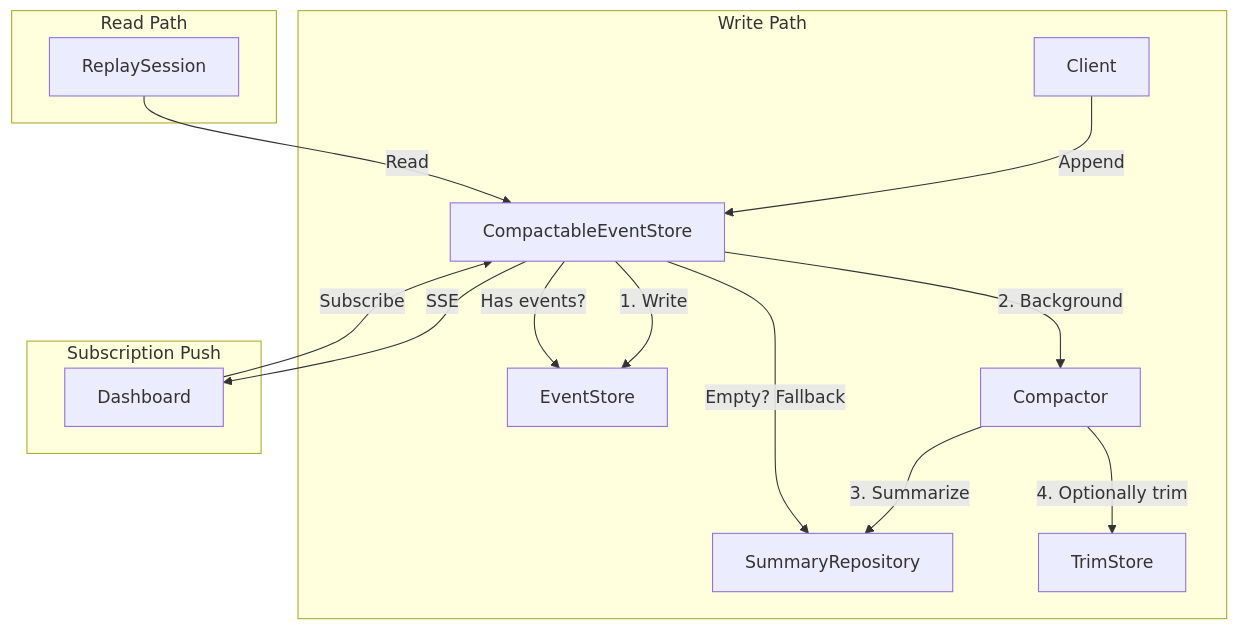
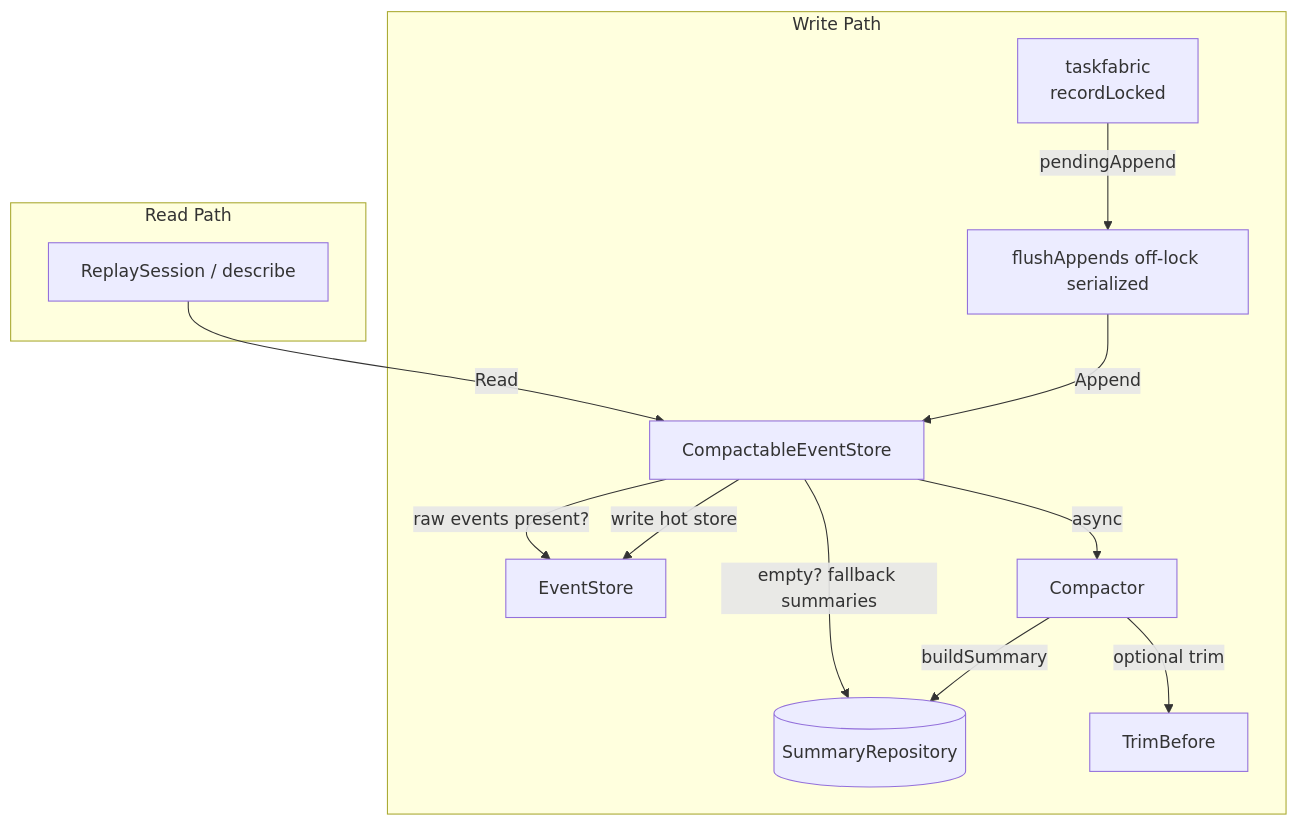
The sixth of 6 diagrams in docs/articles/en/08-event-system-deep-dive.md (Timwood0x10/ARES), drawn with Mermaid before and after one commit. The commit also changed other lines of this file and 2423 other files, not shown here.

````diff
--- a/docs/articles/en/08-event-system-deep-dive.md
+++ b/docs/articles/en/08-event-system-deep-dive.md
@@ -375,21 +385,17 @@
 ```mermaid
 graph TB
     subgraph "Write Path"
-        C[Client] -->|Append| CES[CompactableEventStore]
-        CES -->|1. Write| ES[EventStore]
-        CES -->|2. Background| CP[Compactor]
-        CP -->|3. Summarize| SR[SummaryRepository]
-        CP -->|4. Optionally trim| TS[TrimStore]
+        F[taskfabric\nrecordLocked] -->|pendingAppend| FE[flushAppends off-lock serialized]
+        FE -->|Append| CES[CompactableEventStore]
+        CES -->|write hot store| ES[EventStore]
+        CES -->|async| CP[Compactor]
+        CP -->|buildSummary| SR[(SummaryRepository)]
+        CP -->|optional trim| TS[TrimBefore]
     end
 
     subgraph "Read Path"
-        RS[ReplaySession] -->|Read| CES
-        CES -->|Has events?| ES
-        CES -->|Empty? Fallback| SR
-    end
-
-    subgraph "Subscription Push"
-        DV[Dashboard] -->|Subscribe| CES
-        CES -->|SSE| DV
+        FL[ReplaySession / describe] -->|Read| CES
+        CES -->|raw events present?| ES
+        CES -->|empty? fallback summaries| SR
     end
 ```
````
